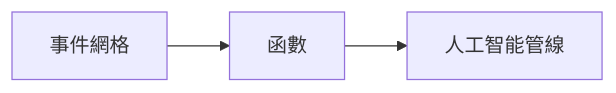
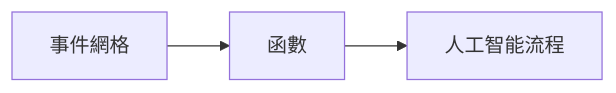
Before and after one commit to microsoft/AZD-for-beginners: the second of 2 diagrams in translations/zh-MO/docs/chapter-08-production/README.md, drawn with Mermaid. The commit also changed other lines of this file and 61 other files, not shown here.

````diff
--- a/translations/zh-MO/docs/chapter-08-production/README.md
+++ b/translations/zh-MO/docs/chapter-08-production/README.md
@@ -57,4 +57,4 @@
 ```mermaid
 graph LR
-    EventGrid[事件網格] --> Functions[函數] --> Pipeline[人工智能管線]
+    EventGrid[事件網格] --> Functions[函數] --> Pipeline[人工智能流程]
 ```
````
